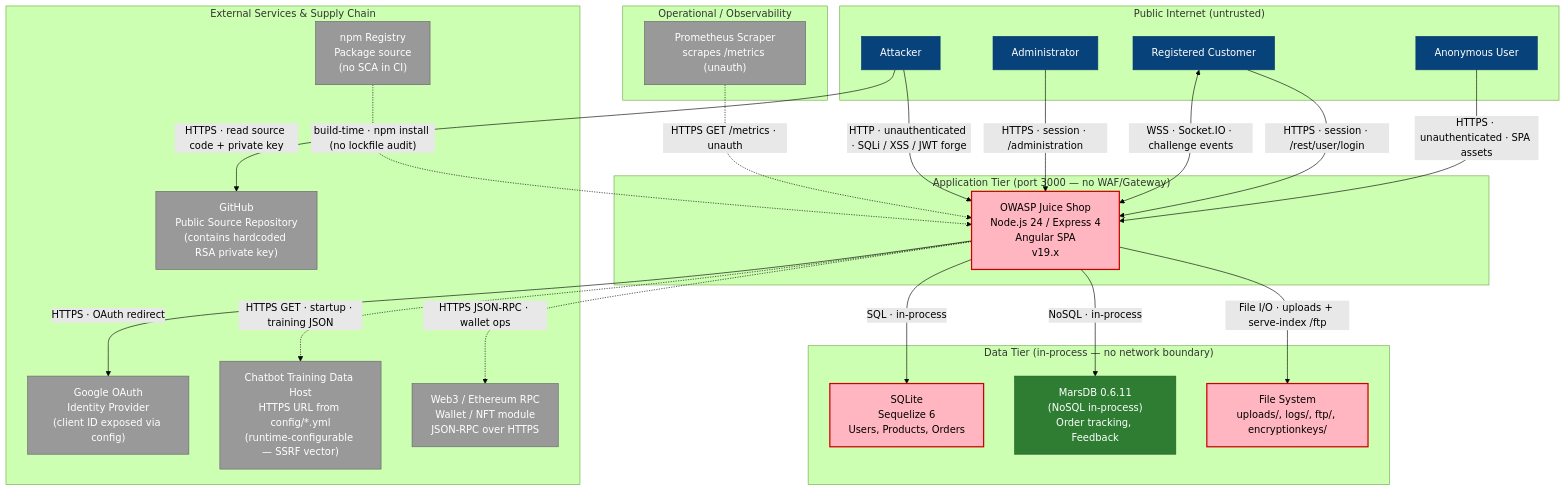
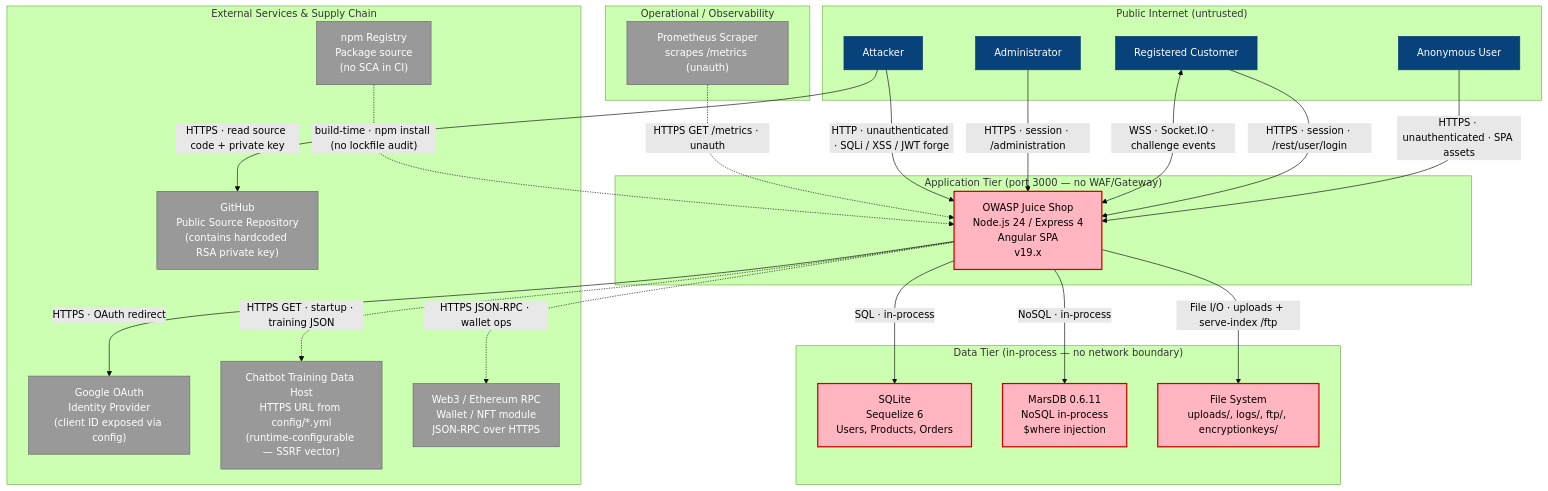
Before and after one commit to appsec-foundry/appsec-advisor: the second of 8 diagrams in examples/juice-shop/threatmodel_juice-shop_thorough_sonnet.md, drawn with Mermaid (forest theme). The commit also changed other lines of this file and 5 other files, not shown here.

````diff
--- a/examples/juice-shop/threatmodel_juice-shop_thorough_sonnet.md
+++ b/examples/juice-shop/threatmodel_juice-shop_thorough_sonnet.md
@@ -253,64 +255,64 @@
 ```mermaid
 graph TD
     classDef person fill:#08427B,stroke:#073B6F,color:#fff
     classDef system fill:#1168BD,stroke:#0E5CA8,color:#fff
     classDef external fill:#999,stroke:#666,color:#fff
     classDef db fill:#2E7D32,stroke:#1B5E20,color:#fff
     classDef risk fill:#FFB6C1,stroke:#c00,color:#000,stroke-width:2px
 
     subgraph INTERNET["Public Internet (untrusted)"]
         USER["Anonymous User"]:::person
         CUST["Registered Customer"]:::person
         ADMIN["Administrator"]:::person
         ATK["Attacker"]:::person
     end
 
     subgraph APP["Application Tier (port 3000 — no WAF/Gateway)"]
         %% component: rest-api
         JS["OWASP Juice Shop<br/>Node.js 24 / Express 4<br/>Angular SPA<br/>v19.x"]:::risk
     end
 
     subgraph DATA["Data Tier (in-process — no network boundary)"]
         %% component: data-layer
         SQLITE["SQLite<br/>Sequelize 6<br/>Users, Products, Orders"]:::risk
-        MARSDB["MarsDB 0.6.11<br/>(NoSQL in-process)<br/>Order tracking, Feedback"]:::db
+        MARSDB["MarsDB 0.6.11<br/>NoSQL in-process<br/>$where injection"]:::risk
         FS["File System<br/>uploads/, logs/, ftp/, encryptionkeys/"]:::risk
     end
 
     subgraph OBS["Operational / Observability"]
         PROM["Prometheus Scraper<br/>scrapes /metrics (unauth)"]:::external
     end
 
     subgraph EXT["External Services & Supply Chain"]
         GITHUB["GitHub<br/>Public Source Repository<br/>(contains hardcoded RSA private key)"]:::external
         NPM["npm Registry<br/>Package source<br/>(no SCA in CI)"]:::external
         GOOGLE["Google OAuth<br/>Identity Provider<br/>(client ID exposed via config)"]:::external
         CHATTRAIN["Chatbot Training Data Host<br/>HTTPS URL from config/*.yml<br/>(runtime-configurable — SSRF vector)"]:::external
         WEB3["Web3 / Ethereum RPC<br/>Wallet / NFT module<br/>JSON-RPC over HTTPS"]:::external
     end
 
     USER -->|"HTTPS · unauthenticated · SPA assets"| JS
     CUST -->|"HTTPS · session · /rest/user/login"| JS
     CUST <-->|"WSS · Socket.IO · challenge events"| JS
     ADMIN -->|"HTTPS · session · /administration"| JS
     ATK -->|"HTTP · unauthenticated · SQLi / XSS / JWT forge"| JS
     ATK -->|"HTTPS · read source code + private key"| GITHUB
     JS -->|"SQL · in-process"| SQLITE
     JS -->|"NoSQL · in-process"| MARSDB
     JS -->|"File I/O · uploads + serve-index /ftp"| FS
     JS -->|"HTTPS · OAuth redirect"| GOOGLE
     JS -.->|"HTTPS GET · startup · training JSON"| CHATTRAIN
     JS -.->|"HTTPS JSON-RPC · wallet ops"| WEB3
     PROM -.->|"HTTPS GET /metrics · unauth"| JS
     NPM -.->|"build-time · npm install (no lockfile audit)"| JS
 
     %% Trust Boundary Key:
     %% Internet → App: no API gateway, no WAF, no global rate limiting
     %% App → Data: in-process SQLite/MarsDB — SQLi grants direct DB access (no network hop)
     %% App → FS: serve-index on ftp/, encryptionkeys/, logs/ — unauthenticated public listing
     %% External SaaS: HTTPS; Google OAuth client ID hardcoded in /rest/admin/application-configuration
     %% Supply chain: source code public on GitHub including RSA private key — offline JWT forgery viable
     %% Runtime-config URL: Chatbot training-data host is loaded from config/*.yml at startup — attacker-controllable if config is tampered
     %% WebSocket: Socket.IO on the same port 3000, no origin pinning beyond hardcoded localhost:4200
     %% Observability: /metrics exposed unauthenticated — information disclosure to any reachable scraper
 ```
````
